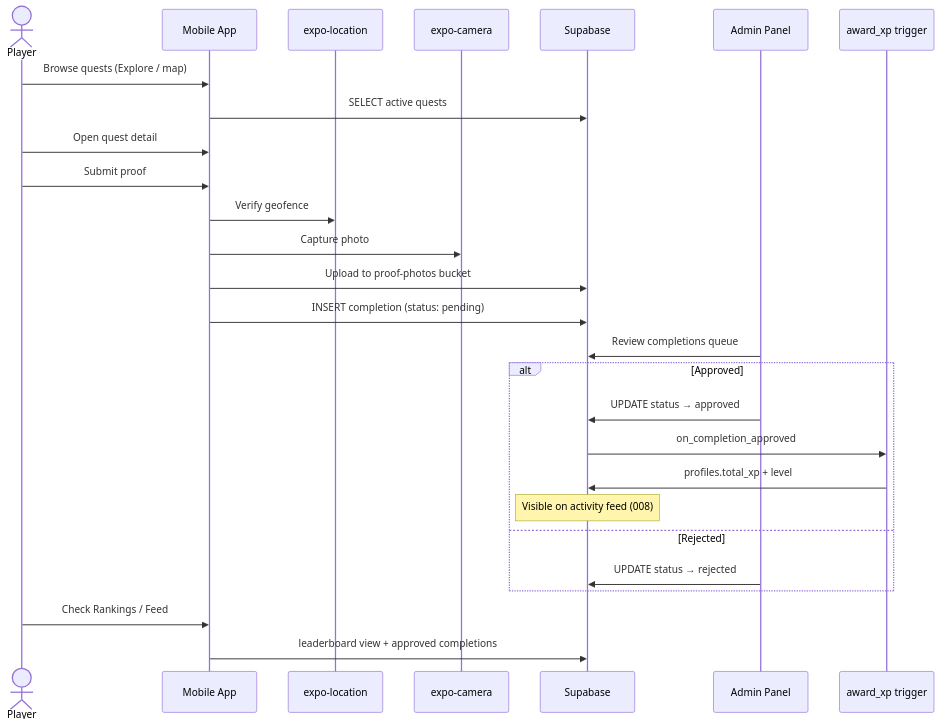
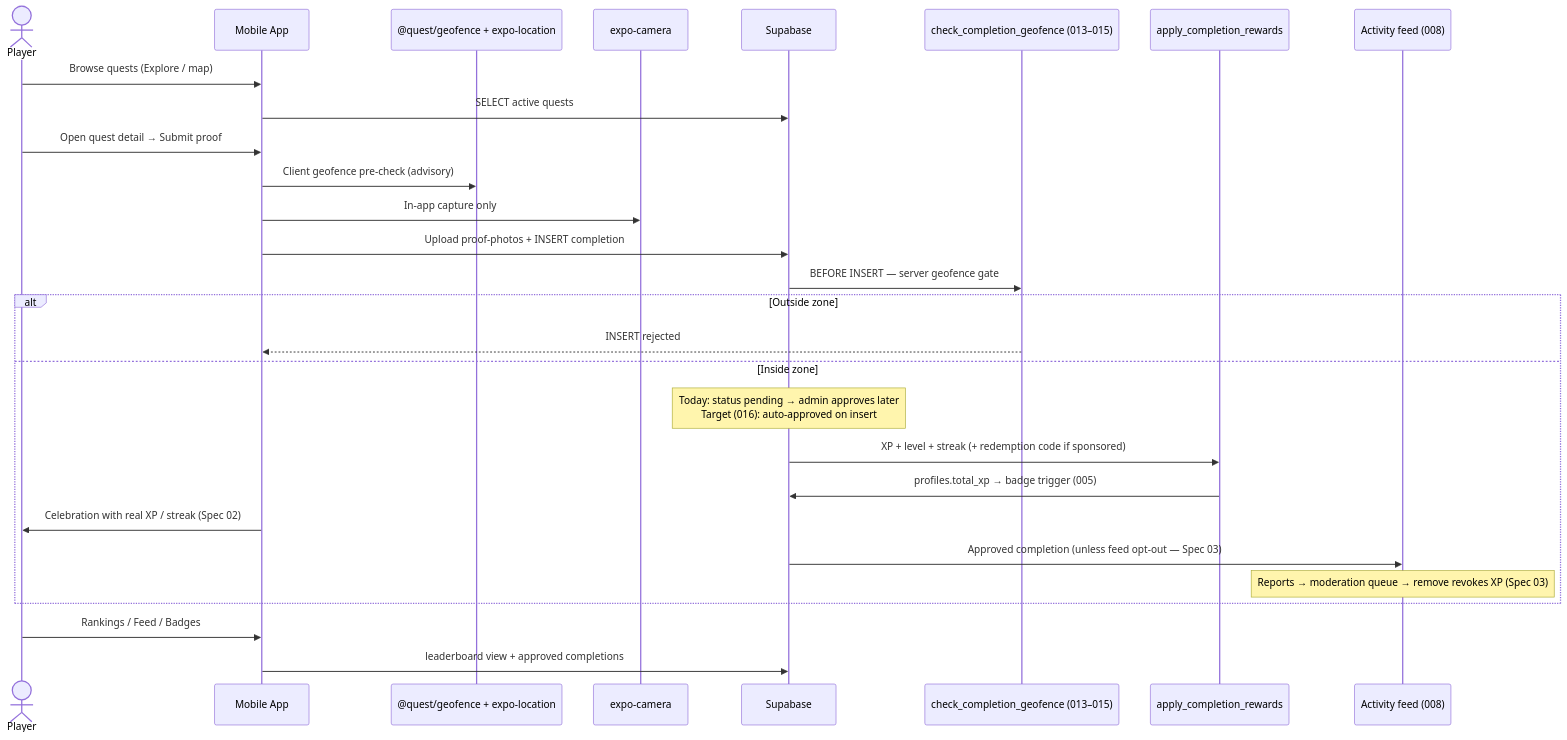
The fourth of 6 diagrams in ARCHITECTURE.md (Rahilyw/Quest), drawn with Mermaid before and after one commit. The commit also changed other lines of this file and 8 other files, not shown here.

````diff
--- a/ARCHITECTURE.md
+++ b/ARCHITECTURE.md
@@ -113,32 +128,33 @@
 ```mermaid
 sequenceDiagram
     actor Player
     participant Mobile as Mobile App
-    participant GPS as expo-location
+    participant Geo as @quest/geofence + expo-location
     participant Camera as expo-camera
     participant SB as Supabase
-    participant Admin as Admin Panel
-    participant Trigger as award_xp trigger
+    participant GeoTrig as check_completion_geofence (013–015)
+    participant Reward as apply_completion_rewards
+    participant Feed as Activity feed (008)
 
     Player->>Mobile: Browse quests (Explore / map)
     Mobile->>SB: SELECT active quests
-    Player->>Mobile: Open quest detail
-    Player->>Mobile: Submit proof
-    Mobile->>GPS: Verify geofence
-    Mobile->>Camera: Capture photo
-    Mobile->>SB: Upload to proof-photos bucket
-    Mobile->>SB: INSERT completion (status: pending)
+    Player->>Mobile: Open quest detail → Submit proof
+    Mobile->>Geo: Client geofence pre-check (advisory)
+    Mobile->>Camera: In-app capture only
+    Mobile->>SB: Upload proof-photos + INSERT completion
 
-    Admin->>SB: Review completions queue
-    alt Approved
-        Admin->>SB: UPDATE status → approved
-        SB->>Trigger: on_completion_approved
-        Trigger->>SB: profiles.total_xp + level
-        Note over SB: Visible on activity feed (008)
-    else Rejected
-        Admin->>SB: UPDATE status → rejected
+    SB->>GeoTrig: BEFORE INSERT — server geofence gate
+    alt Outside zone
+        GeoTrig-->>Mobile: INSERT rejected
+    else Inside zone
+        Note over SB: Today: status pending → admin approves later<br/>Target (016): auto-approved on insert
+        SB->>Reward: XP + level + streak (+ redemption code if sponsored)
+        Reward->>SB: profiles.total_xp → badge trigger (005)
+        Mobile->>Player: Celebration with real XP / streak (Spec 02)
+        SB->>Feed: Approved completion (unless feed opt-out — Spec 03)
+        Note over Feed: Reports → moderation queue → remove revokes XP (Spec 03)
     end
 
-    Player->>Mobile: Check Rankings / Feed
+    Player->>Mobile: Rankings / Feed / Badges
     Mobile->>SB: leaderboard view + approved completions
 ```
````
